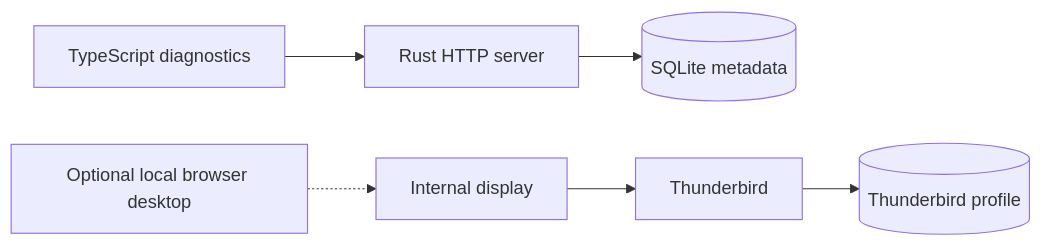
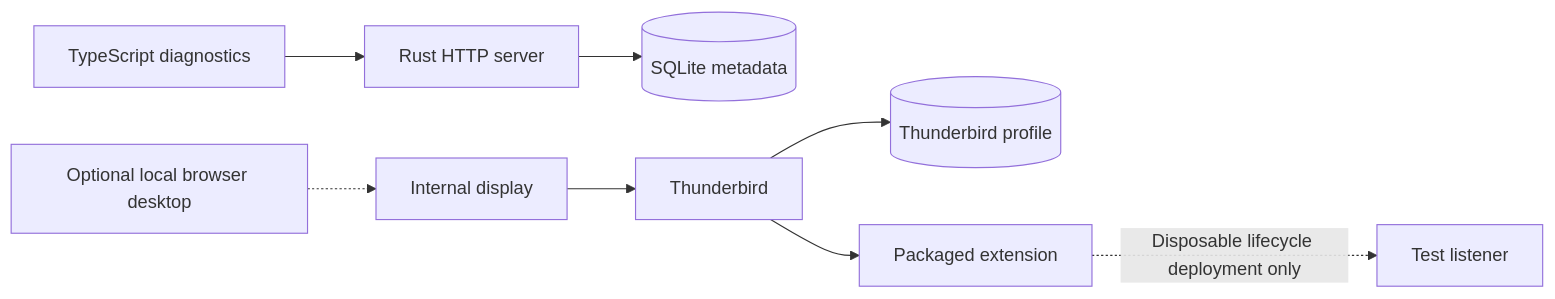
The diagram in docs/reference/architecture.md (woswos/raicho), drawn with Mermaid before and after one commit. The commit also changed other lines of this file and 45 other files, not shown here.

Commit message:
test: verify Thunderbird extension lifecycle

````diff
--- a/docs/reference/architecture.md
+++ b/docs/reference/architecture.md
@@ -31,8 +33,10 @@
 ```mermaid
 flowchart LR
     Browser[TypeScript diagnostics] --> Server[Rust HTTP server]
     Server --> State[(SQLite metadata)]
     Admin[Optional local browser desktop] -.-> Display[Internal display]
     Display --> Thunderbird[Thunderbird]
     Thunderbird --> Profile[(Thunderbird profile)]
+    Thunderbird --> Extension[Packaged extension]
+    Extension -.->|Disposable lifecycle deployment only| Probe[Test listener]
 ```
````
